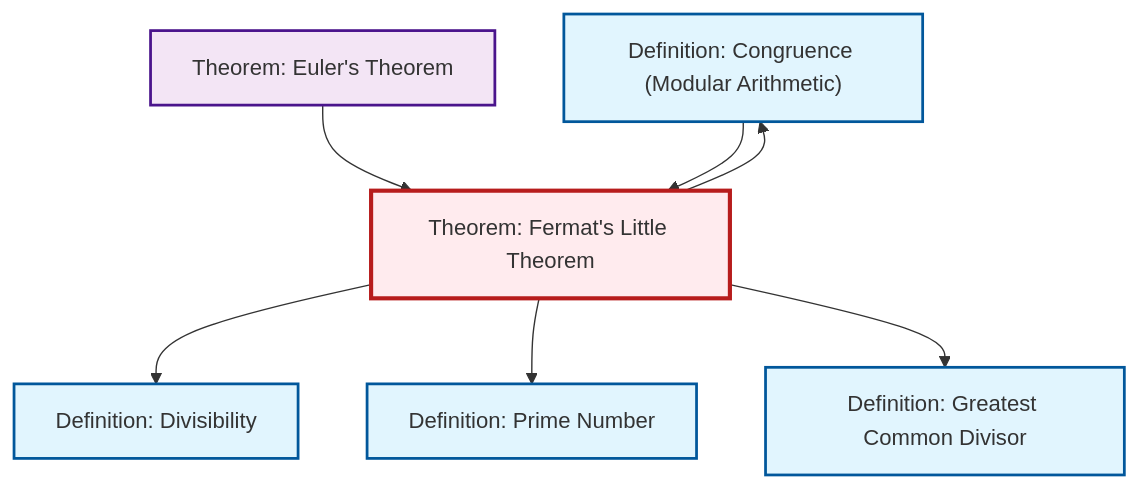
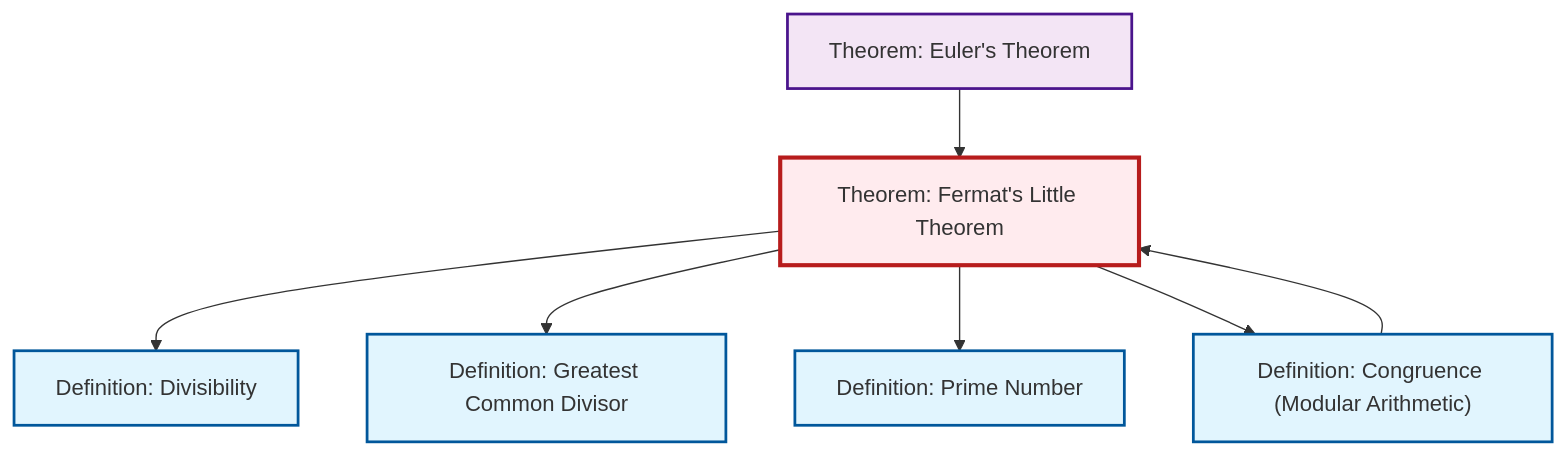
The diagram in content/ja/number-theory/thm-fermat-little.qmd (RK0429/ModernMath), drawn with Mermaid before and after one commit. The commit also changed other lines of this file and 634 other files, not shown here.

````diff
--- a/content/ja/number-theory/thm-fermat-little.qmd
+++ b/content/ja/number-theory/thm-fermat-little.qmd
@@ -91,27 +91,27 @@
 ```{mermaid}
 %%| fig-cap: "Local dependency graph"
 graph TD
     classDef definition fill:#e1f5fe,stroke:#01579b,stroke-width:2px
     classDef theorem fill:#f3e5f5,stroke:#4a148c,stroke-width:2px
     classDef axiom fill:#fff3e0,stroke:#e65100,stroke-width:2px
     classDef example fill:#e8f5e9,stroke:#1b5e20,stroke-width:2px
     classDef current fill:#ffebee,stroke:#b71c1c,stroke-width:3px
+    def-gcd["Definition: Greatest Common Divisor"]:::definition
+    thm-euler["Theorem: Euler's Theorem"]:::theorem
+    thm-fermat-little["Theorem: Fermat's Little Theorem"]:::theorem
     def-congruence["Definition: Congruence (Modular Arithmetic)"]:::definition
-    def-gcd["Definition: Greatest Common Divisor"]:::definition
     def-divisibility["Definition: Divisibility"]:::definition
     def-prime["Definition: Prime Number"]:::definition
-    thm-euler["Theorem: Euler's Theorem"]:::theorem
-    thm-fermat-little["Theorem: Fermat's Little Theorem"]:::theorem
+    thm-fermat-little --> def-divisibility
     thm-euler --> thm-fermat-little
-    thm-fermat-little --> def-divisibility
-    def-congruence --> thm-fermat-little
+    thm-fermat-little --> def-gcd
     thm-fermat-little --> def-prime
     thm-fermat-little --> def-congruence
-    thm-fermat-little --> def-gcd
+    def-congruence --> thm-fermat-little
     class thm-fermat-little current
+    click def-gcd "def-gcd.html" "Definition: Greatest Common Divisorへ"
+    click thm-euler "thm-euler.html" "Theorem: Euler's Theoremへ"
     click def-congruence "def-congruence.html" "Definition: Congruence (Modular Arithmetic)へ"
-    click def-gcd "def-gcd.html" "Definition: Greatest Common Divisorへ"
     click def-divisibility "def-divisibility.html" "Definition: Divisibilityへ"
     click def-prime "def-prime.html" "Definition: Prime Numberへ"
-    click thm-euler "thm-euler.html" "Theorem: Euler's Theoremへ"
 ```
````
